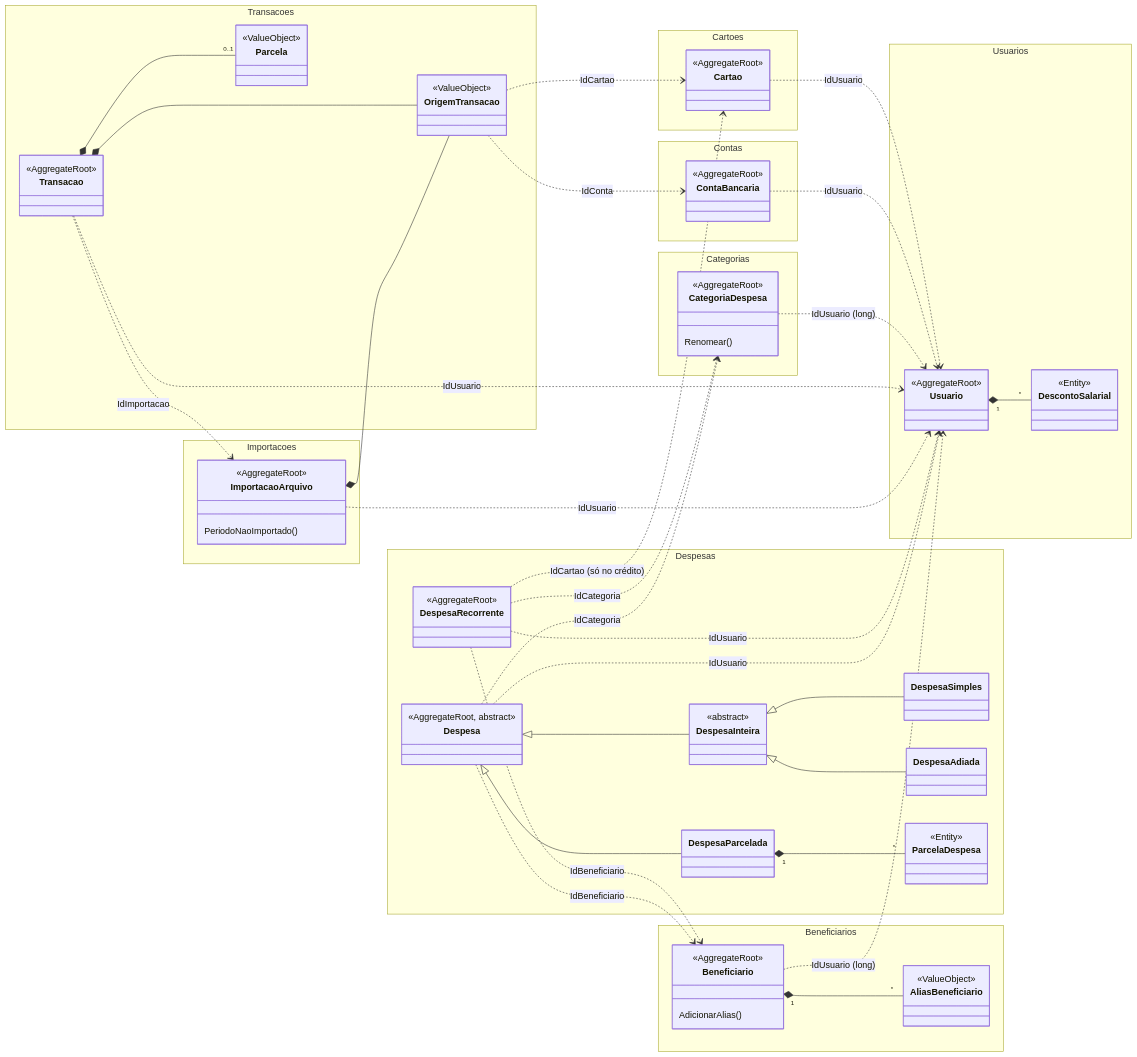
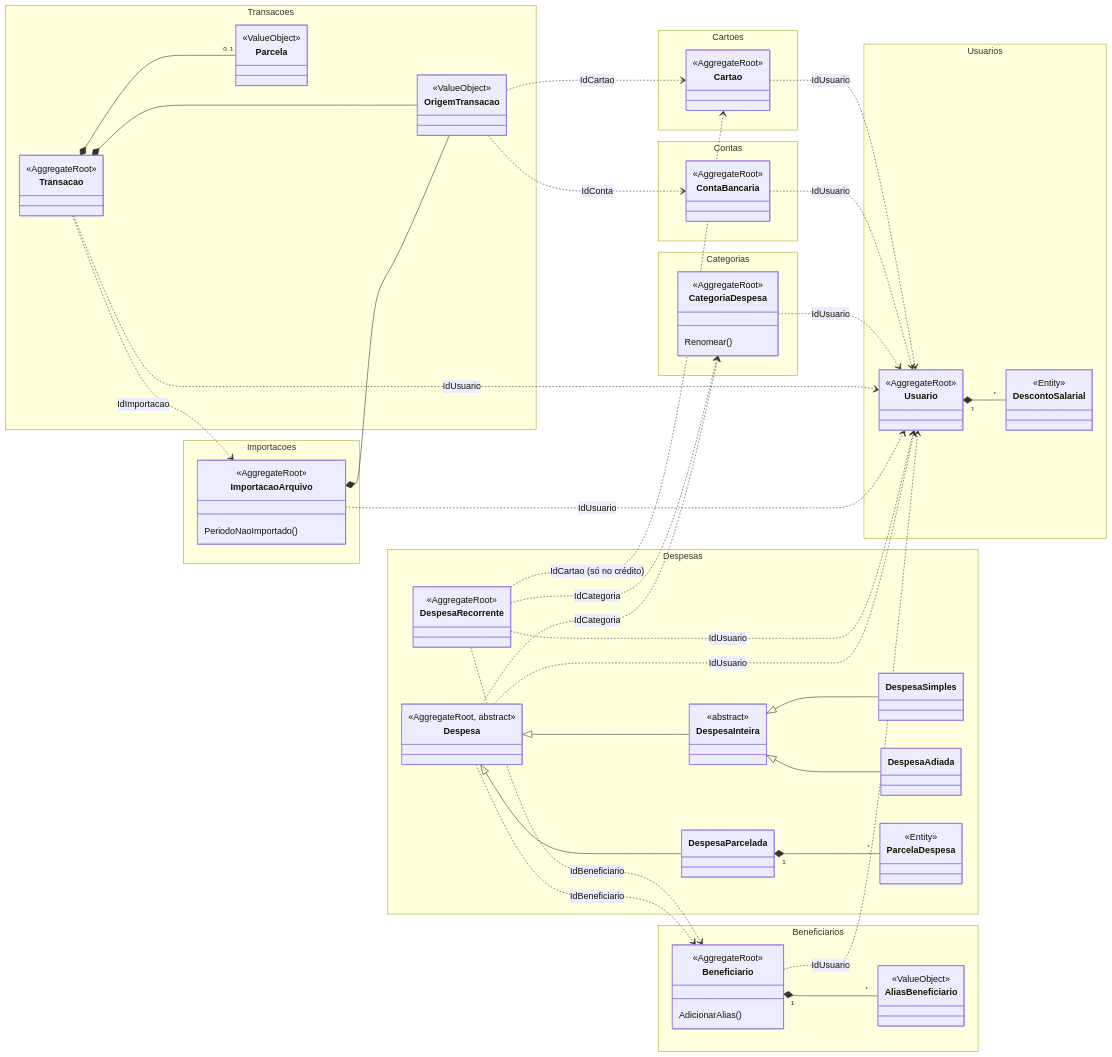
Before and after one commit to humbertosampaio/controle-financeiro: the first of 2 diagrams in docs/modelo-de-dominio.md, drawn with Mermaid. The commit also changed 4 other files, not shown here.

First line of the commit message:
refactor(dominio): Liga o beneficiário e a categoria de despesa ao usuário pelo id fortemente tipado

```diff
--- a/docs/modelo-de-dominio.md
+++ b/docs/modelo-de-dominio.md
@@ -112,8 +112,8 @@
     Despesa ..> CategoriaDespesa : IdCategoria
 
     Beneficiario "1" *-- "*" AliasBeneficiario
-    Beneficiario ..> Usuario : IdUsuario (long)
-    CategoriaDespesa ..> Usuario : IdUsuario (long)
+    Beneficiario ..> Usuario : IdUsuario
+    CategoriaDespesa ..> Usuario : IdUsuario
 
     Transacao *-- OrigemTransacao
     Transacao *-- "0..1" Parcela
```
